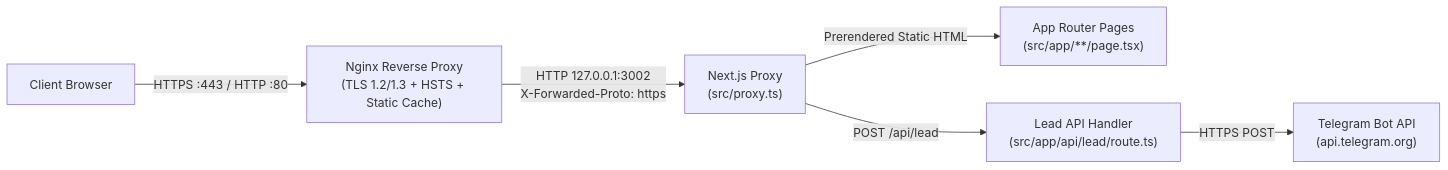
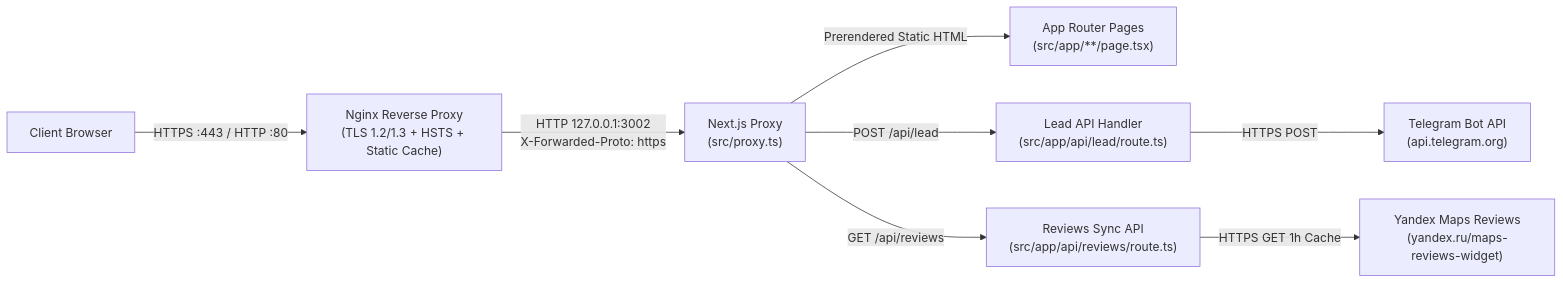
The diagram in docs/DOCUMENTATION.en.md (ZANYRI/goodroom), drawn with Mermaid before and after one commit. The commit also changed other lines of this file and 2 other files, not shown here.

Commit message:
docs: update RU/EN documentation & README for architectural redesign, dual theme & Yandex reviews sync

````diff
--- a/docs/DOCUMENTATION.en.md
+++ b/docs/DOCUMENTATION.en.md
@@ -59,8 +62,10 @@
 ```mermaid
 flowchart LR
     Browser["Client Browser"] -->|HTTPS :443 / HTTP :80| Nginx["Nginx Reverse Proxy\n(TLS 1.2/1.3 + HSTS + Static Cache)"]
     Nginx -->|HTTP 127.0.0.1:3002\nX-Forwarded-Proto: https| Proxy["Next.js Proxy\n(src/proxy.ts)"]
     Proxy -->|Prerendered Static HTML| Pages["App Router Pages\n(src/app/**/page.tsx)"]
     Proxy -->|POST /api/lead| LeadAPI["Lead API Handler\n(src/app/api/lead/route.ts)"]
+    Proxy -->|GET /api/reviews| ReviewsAPI["Reviews Sync API\n(src/app/api/reviews/route.ts)"]
     LeadAPI -->|HTTPS POST| Telegram["Telegram Bot API\n(api.telegram.org)"]
+    ReviewsAPI -->|HTTPS GET 1h Cache| YandexReviews["Yandex Maps Reviews\n(yandex.ru/maps-reviews-widget)"]
 ```
````
